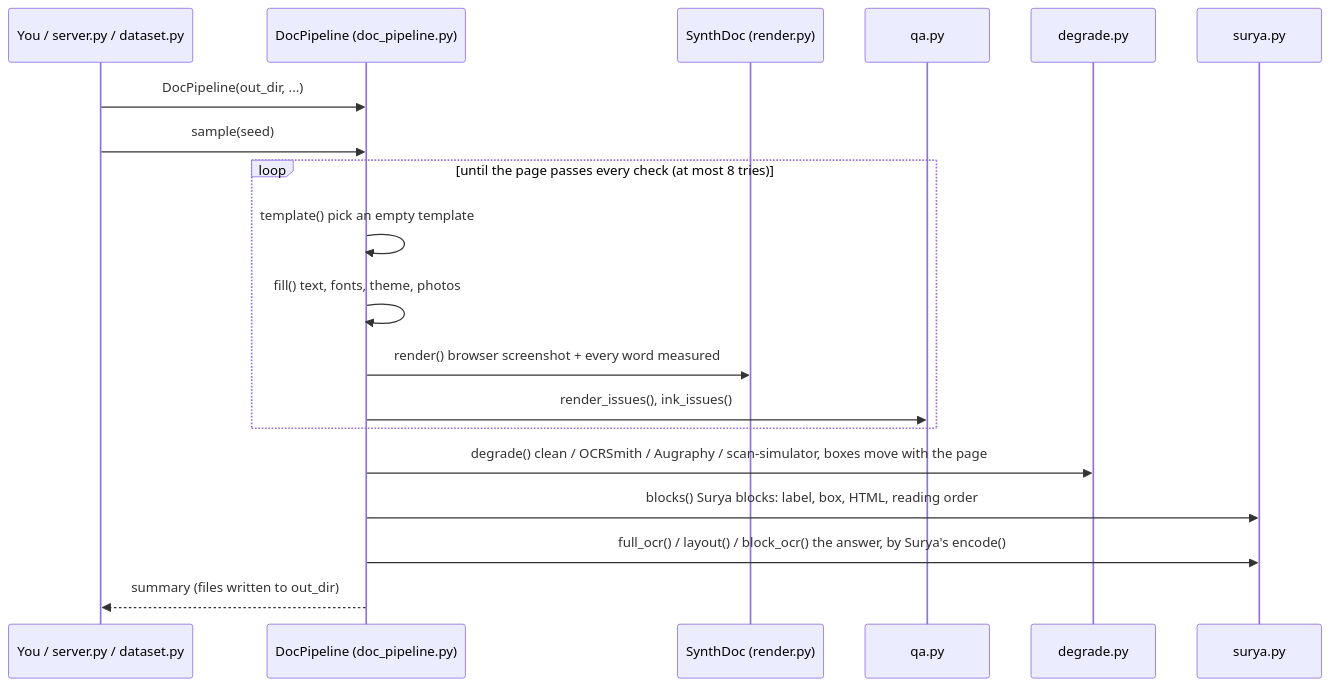
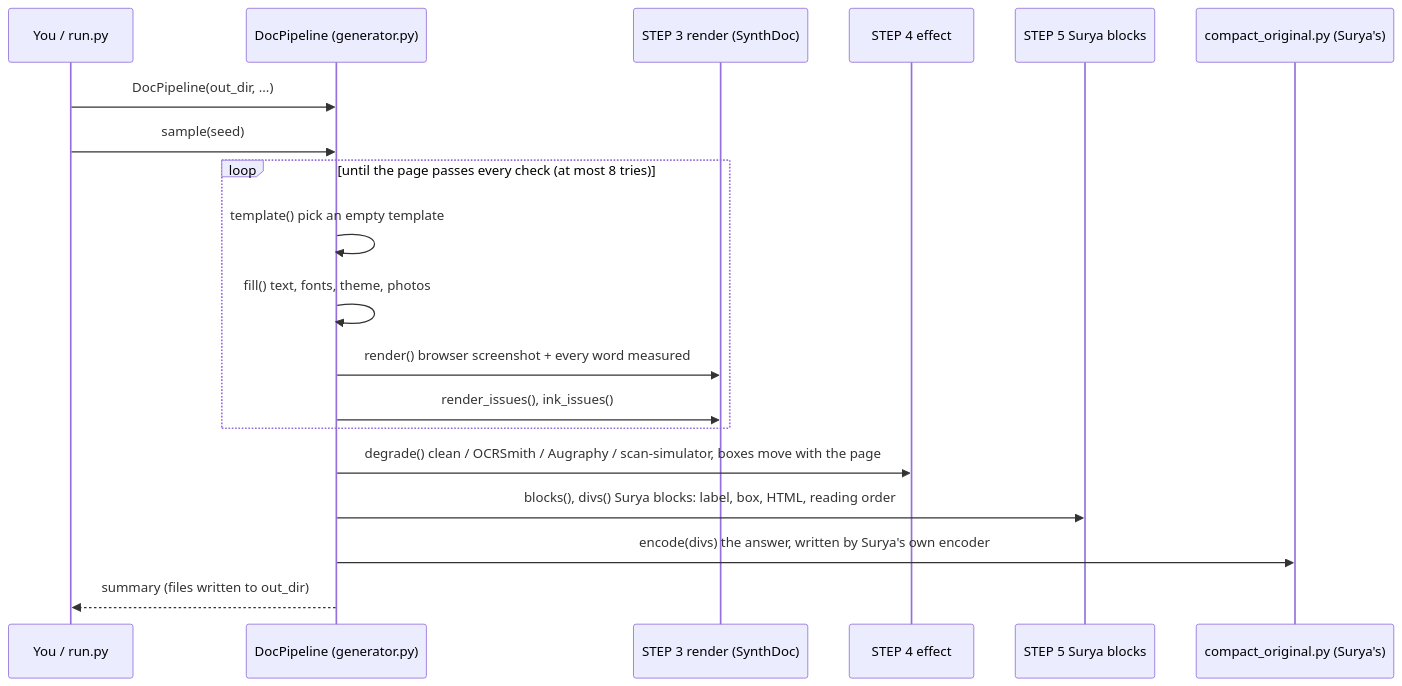
Before and after one commit to Yousef10p/OCRSynthGen: the diagram in README.md, drawn with Mermaid. The commit also changed other lines of this file and 33 other files, not shown here.

First line of the commit message:
Five pipeline files, tight list/table boxes, boxes on the text, turned-box note

````diff
--- a/README.md
+++ b/README.md
@@ -173,21 +187,21 @@
 ```mermaid
 sequenceDiagram
-    participant U as You / server.py / dataset.py
-    participant P as DocPipeline (doc_pipeline.py)
-    participant R as SynthDoc (render.py)
-    participant Q as qa.py
-    participant D as degrade.py
-    participant Y as surya.py
+    participant U as You / run.py
+    participant P as DocPipeline (generator.py)
+    participant R as STEP 3 render (SynthDoc)
+    participant D as STEP 4 effect
+    participant Y as STEP 5 Surya blocks
+    participant E as compact_original.py (Surya's)
     U->>P: DocPipeline(out_dir, ...)
     U->>P: sample(seed)
     loop until the page passes every check (at most 8 tries)
         P->>P: template()  pick an empty template
         P->>P: fill()      text, fonts, theme, photos
         P->>R: render()    browser screenshot + every word measured
-        P->>Q: render_issues(), ink_issues()
+        P->>R: render_issues(), ink_issues()
     end
     P->>D: degrade()  clean / OCRSmith / Augraphy / scan-simulator, boxes move with the page
-    P->>Y: blocks()   Surya blocks: label, box, HTML, reading order
-    P->>Y: full_ocr() / layout() / block_ocr()  the answer, by Surya's encode()
+    P->>Y: blocks(), divs()   Surya blocks: label, box, HTML, reading order
+    P->>E: encode(divs)       the answer, written by Surya's own encoder
     P-->>U: summary (files written to out_dir)
 ```
````
